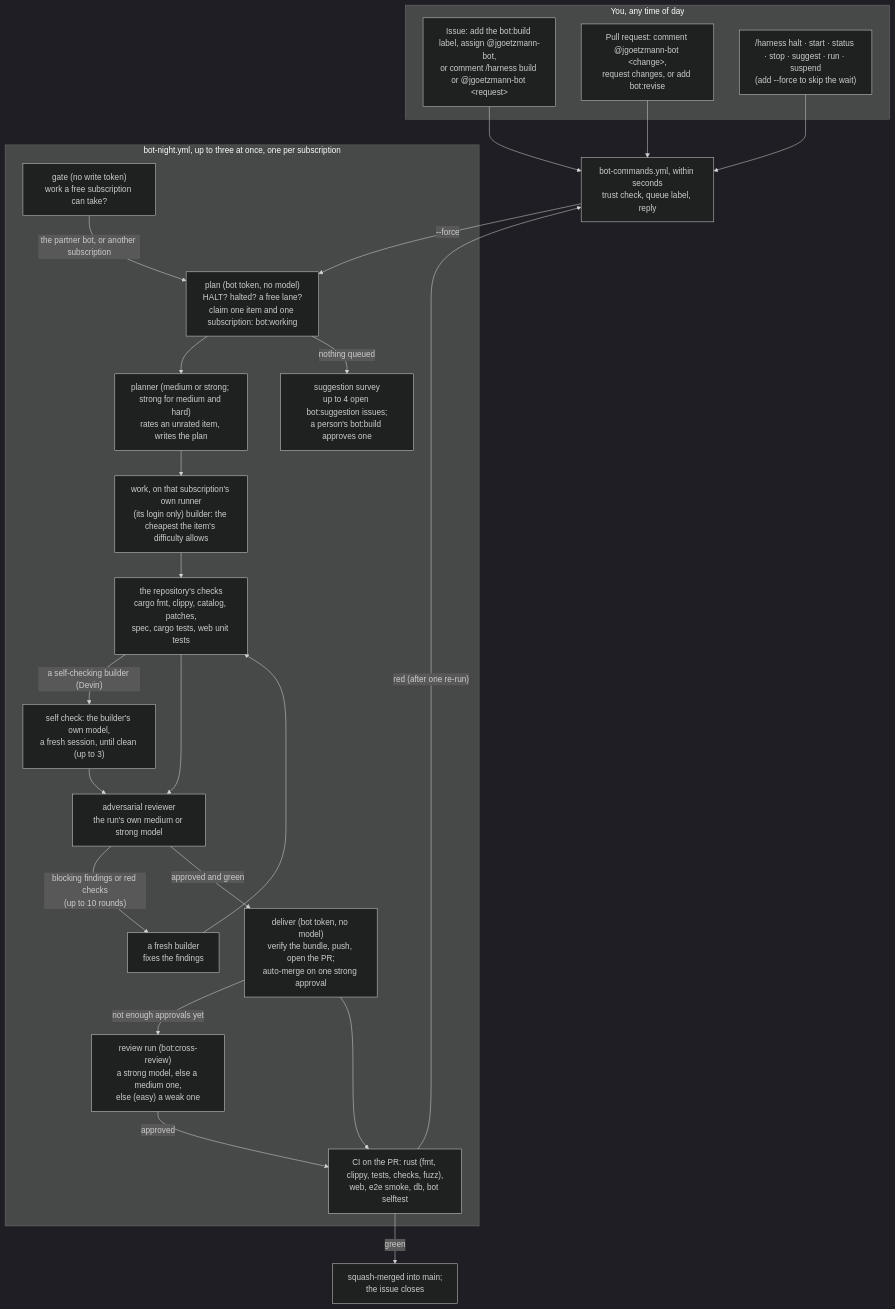
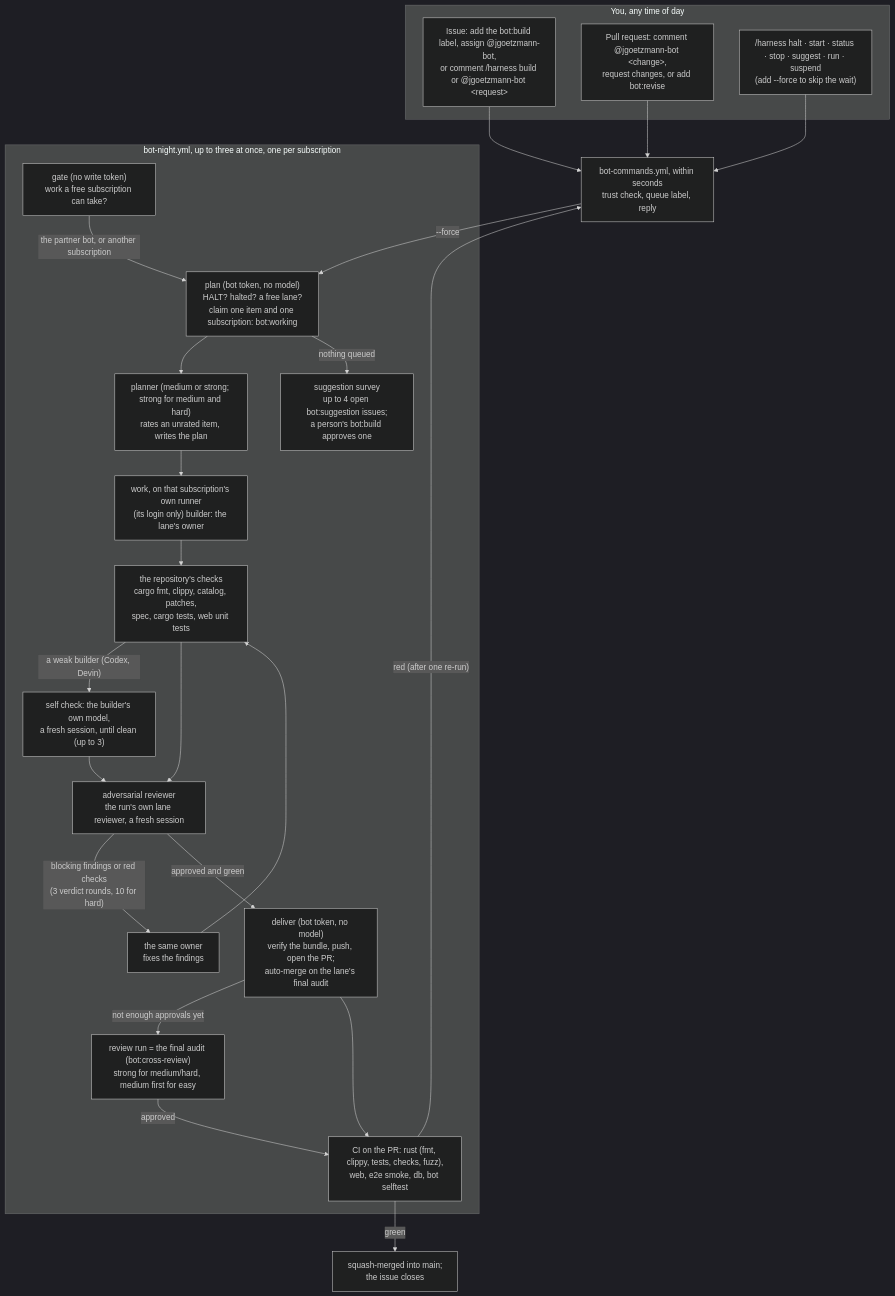
The diagram in bot/README.md (Jlore-Studios/JackiOh), drawn with Mermaid (dark theme) before and after one commit. The commit also changed other lines of this file and 22 other files, not shown here.

First line of the commit message:
Night bot: single-owner lanes with self adversarial review

````diff
--- a/bot/README.md
+++ b/bot/README.md
@@ -30,33 +31,33 @@
 ```mermaid
 flowchart TD
   subgraph you["You, any time of day"]
     I["Issue: add the bot:build label, assign @jgoetzmann-bot,<br/>or comment /harness build or @jgoetzmann-bot &lt;request&gt;"]
     P["Pull request: comment @jgoetzmann-bot &lt;change&gt;,<br/>request changes, or add bot:revise"]
     K["/harness halt · start · status · stop · suggest · run · suspend<br/>(add --force to skip the wait)"]
   end
   I --> E
   P --> E
   K --> E
   E["bot-commands.yml, within seconds<br/>trust check, queue label, reply"]
   E -- "--force" --> PL
   subgraph night["bot-night.yml, up to three at once, one per subscription"]
     GA["gate (no write token)<br/>work a free subscription can take?"]
     GA -- "the partner bot, or another subscription" --> PL
     PL["plan (bot token, no model)<br/>HALT? halted? a free lane?<br/>claim one item and one subscription: bot:working"]
     PL --> PN["planner (medium or strong; strong for medium and hard)<br/>rates an unrated item, writes the plan"]
-    PN --> B["work, on that subscription's own runner<br/>(its login only) builder: the cheapest the item's difficulty allows"]
+    PN --> B["work, on that subscription's own runner<br/>(its login only) builder: the lane's owner"]
     B --> G["the repository's checks<br/>cargo fmt, clippy, catalog, patches,<br/>spec, cargo tests, web unit tests"]
-    G -- "a self-checking builder (Devin)" --> SC["self check: the builder's own model,<br/>a fresh session, until clean (up to 3)"]
+    G -- "a weak builder (Codex, Devin)" --> SC["self check: the builder's own model,<br/>a fresh session, until clean (up to 3)"]
     SC --> R
-    G --> R["adversarial reviewer<br/>the run's own medium or strong model"]
-    R -- "blocking findings or red checks<br/>(up to 10 rounds)" --> F["a fresh builder<br/>fixes the findings"]
+    G --> R["adversarial reviewer<br/>the run's own lane reviewer, a fresh session"]
+    R -- "blocking findings or red checks<br/>(3 verdict rounds, 10 for hard)" --> F["the same owner<br/>fixes the findings"]
     F --> G
-    R -- "approved and green" --> D["deliver (bot token, no model)<br/>verify the bundle, push, open the PR;<br/>auto-merge on one strong approval"]
-    D -- "not enough approvals yet" --> X["review run (bot:cross-review)<br/>a strong model, else a medium one,<br/>else (easy) a weak one"]
+    R -- "approved and green" --> D["deliver (bot token, no model)<br/>verify the bundle, push, open the PR;<br/>auto-merge on the lane's final audit"]
+    D -- "not enough approvals yet" --> X["review run = the final audit (bot:cross-review)<br/>strong for medium/hard, medium first for easy"]
     X -- "approved" --> CI
     PL -- "nothing queued" --> S["suggestion survey<br/>up to 4 open bot:suggestion issues;<br/>a person's bot:build approves one"]
   end
   D --> CI["CI on the PR: rust (fmt, clippy, tests, checks, fuzz),<br/>web, e2e smoke, db, bot selftest"]
   CI -- "green" --> M["squash-merged into main;<br/>the issue closes"]
   CI -- "red (after one re-run)" --> E
 ```
````
